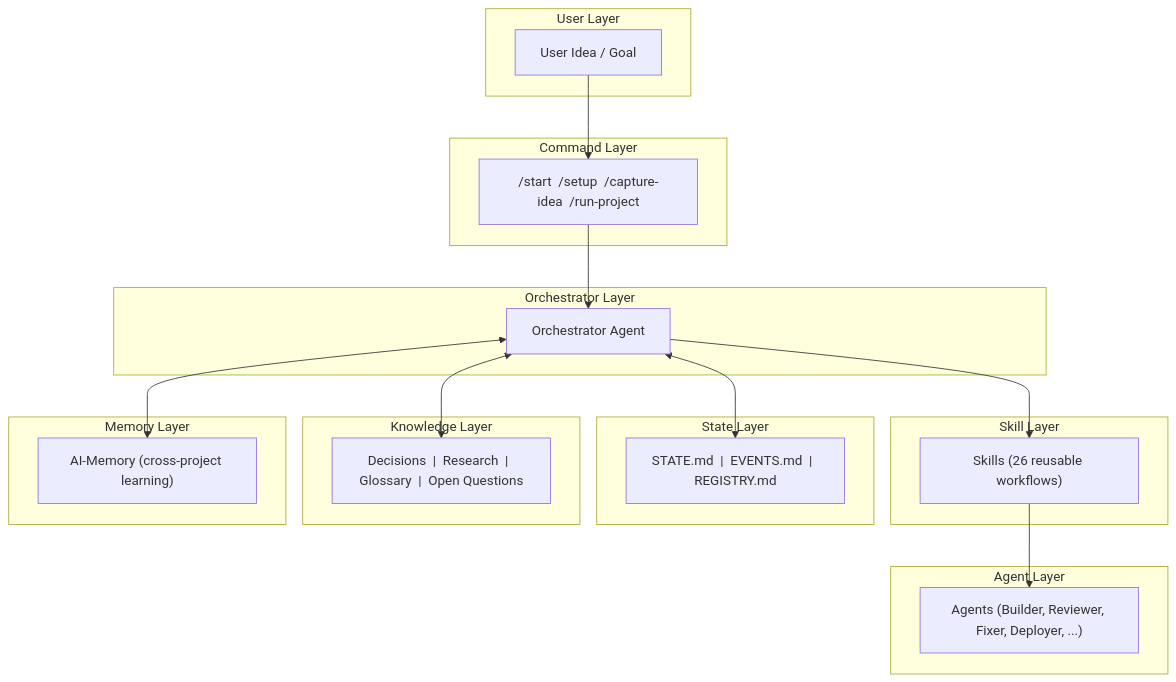
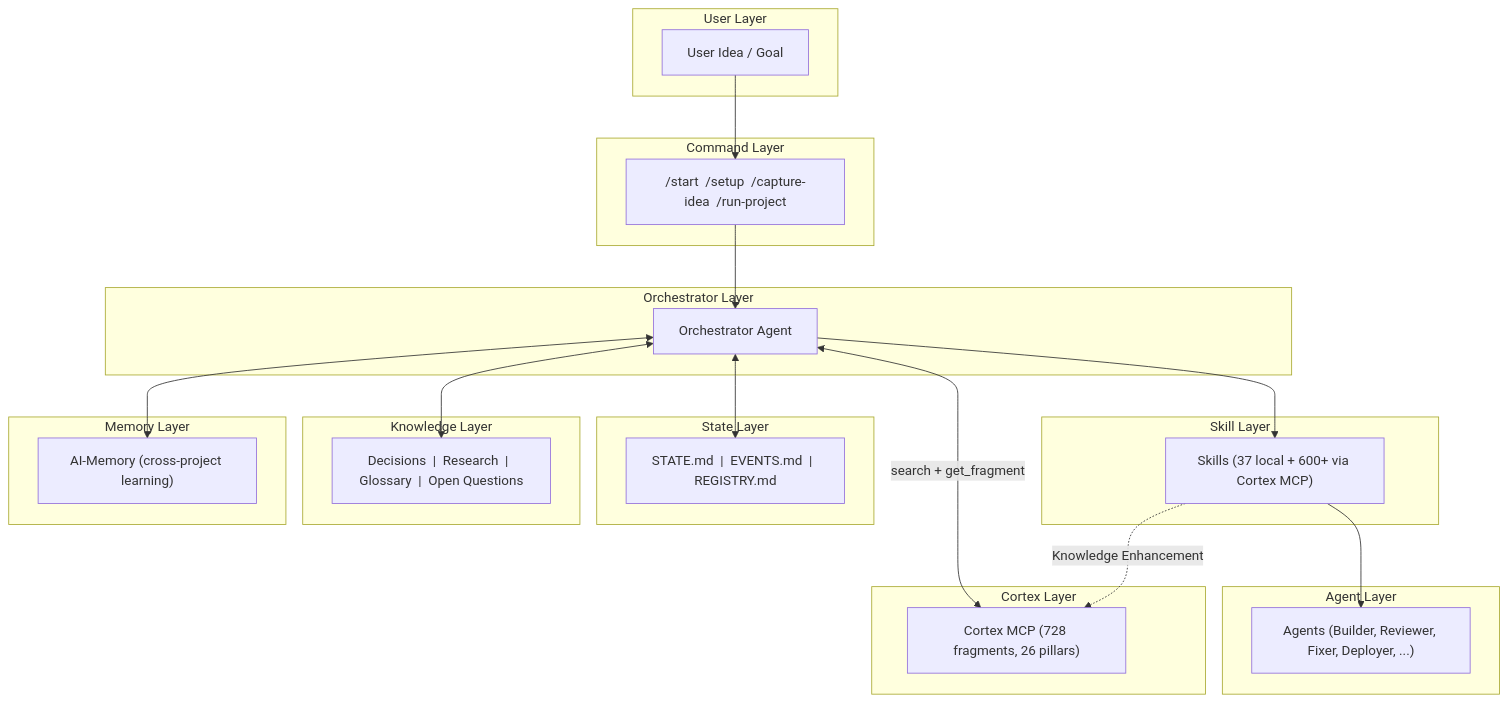
The third of 4 diagrams in create-bashi-app/template/docs/DIAGRAMS.md (BasharAmso/AI-Orchestrator-System), drawn with Mermaid before and after one commit. The commit also changed 3 other files, not shown here.

First line of the commit message:
docs: update architecture diagrams with Cortex MCP integration

````diff
--- a/create-bashi-app/template/docs/DIAGRAMS.md
+++ b/create-bashi-app/template/docs/DIAGRAMS.md
@@ -69,40 +69,46 @@
 ```mermaid
 flowchart TB
     subgraph User Layer
         A[User Idea / Goal]
     end
 
     subgraph Command Layer
         B["/start  /setup  /capture-idea  /run-project"]
     end
 
     subgraph Orchestrator Layer
         C[Orchestrator Agent]
     end
 
     subgraph Skill Layer
-        D["Skills (26 reusable workflows)"]
+        D["Skills (37 local + 600+ via Cortex MCP)"]
     end
 
     subgraph Agent Layer
         E["Agents (Builder, Reviewer, Fixer, Deployer, ...)"]
+    end
+
+    subgraph Cortex Layer
+        CX["Cortex MCP (728 fragments, 26 pillars)"]
     end
 
     subgraph State Layer
         F["STATE.md  |  EVENTS.md  |  REGISTRY.md"]
     end
 
     subgraph Knowledge Layer
         G["Decisions  |  Research  |  Glossary  |  Open Questions"]
     end
 
     subgraph Memory Layer
         H["AI-Memory (cross-project learning)"]
     end
 
     A --> B --> C
     C --> D --> E
     C <--> F
     C <--> G
     C <--> H
+    C <-->|search + get_fragment| CX
+    D -.->|Knowledge Enhancement| CX
 ```
````
